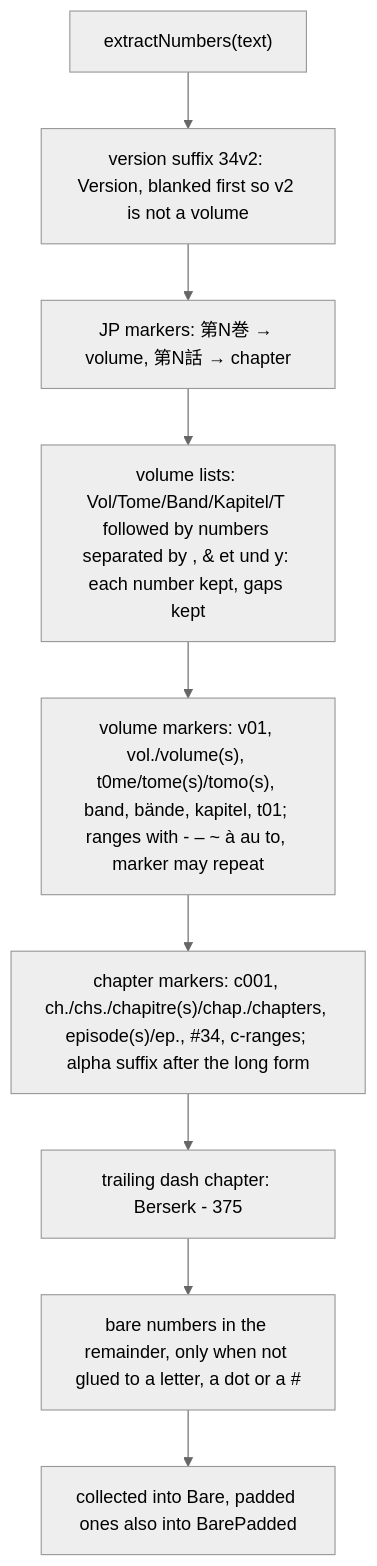
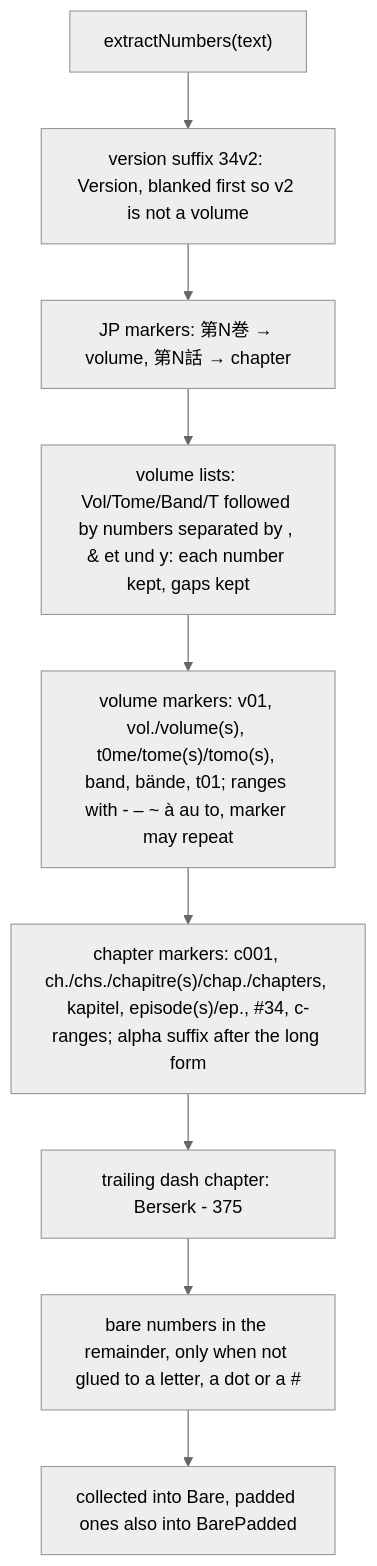
Before and after one commit to h-wb/sento: the second of 4 diagrams in docs/domain/parsing.md, drawn with Mermaid (neutral theme). The commit also changed other lines of this file and 21 other files, not shown here.

Commit message:
fix: sweep stage temp files, read Kapitel as a chapter, guard four dialogs (#103)

````diff
--- a/docs/domain/parsing.md
+++ b/docs/domain/parsing.md
@@ -260,11 +260,11 @@
 ```mermaid
 flowchart TD
     A["extractNumbers(text)"] --> B["version suffix 34v2: Version, blanked first so v2 is not a volume"]
     B --> C["JP markers: 第N巻 → volume, 第N話 → chapter"]
-    C --> D["volume lists: Vol/Tome/Band/Kapitel/T followed by numbers separated by , & et und y: each number kept, gaps kept"]
-    D --> E["volume markers: v01, vol./volume(s), t0me/tome(s)/tomo(s), band, bände, kapitel, t01; ranges with - – ~ à au to, marker may repeat"]
-    E --> F["chapter markers: c001, ch./chs./chapitre(s)/chap./chapters, episode(s)/ep., #34, c-ranges; alpha suffix after the long form"]
+    C --> D["volume lists: Vol/Tome/Band/T followed by numbers separated by , & et und y: each number kept, gaps kept"]
+    D --> E["volume markers: v01, vol./volume(s), t0me/tome(s)/tomo(s), band, bände, t01; ranges with - – ~ à au to, marker may repeat"]
+    E --> F["chapter markers: c001, ch./chs./chapitre(s)/chap./chapters, kapitel, episode(s)/ep., #34, c-ranges; alpha suffix after the long form"]
     F --> G["trailing dash chapter: Berserk - 375"]
     G --> H["bare numbers in the remainder, only when not glued to a letter, a dot or a #"]
     H --> I["collected into Bare, padded ones also into BarePadded"]
 ```
````
